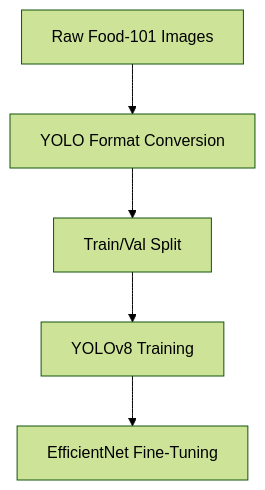
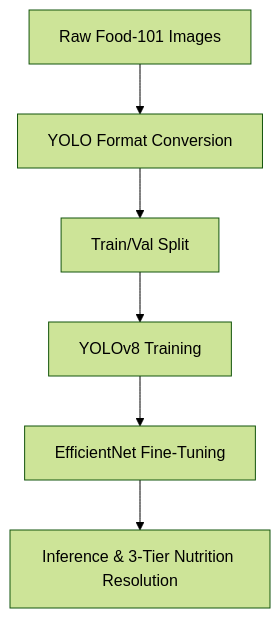
One commit to AGCalixto/Food_detection_model changed the diagram in README.md. Above: the diagram before and after it, drawn with Mermaid (forest theme). The commit also changed other lines of this file and 6 other files, not shown here.

````diff
--- a/README.md
+++ b/README.md
@@ -100,7 +143,8 @@
 ```mermaid
 graph TD
     A[Raw Food-101 Images] --> B[YOLO Format Conversion]
     B --> C[Train/Val Split]
     C --> D[YOLOv8 Training]
     D --> E[EfficientNet Fine-Tuning]
+    E --> F[Inference & 3-Tier Nutrition Resolution]
 ```
````
